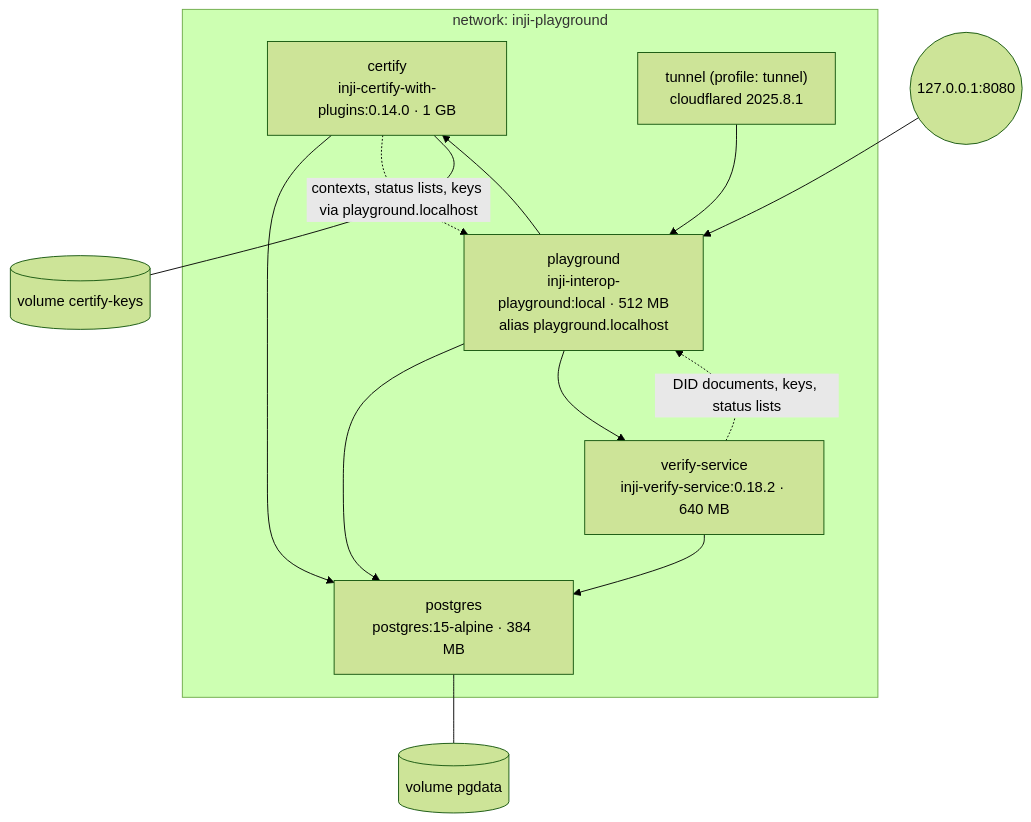
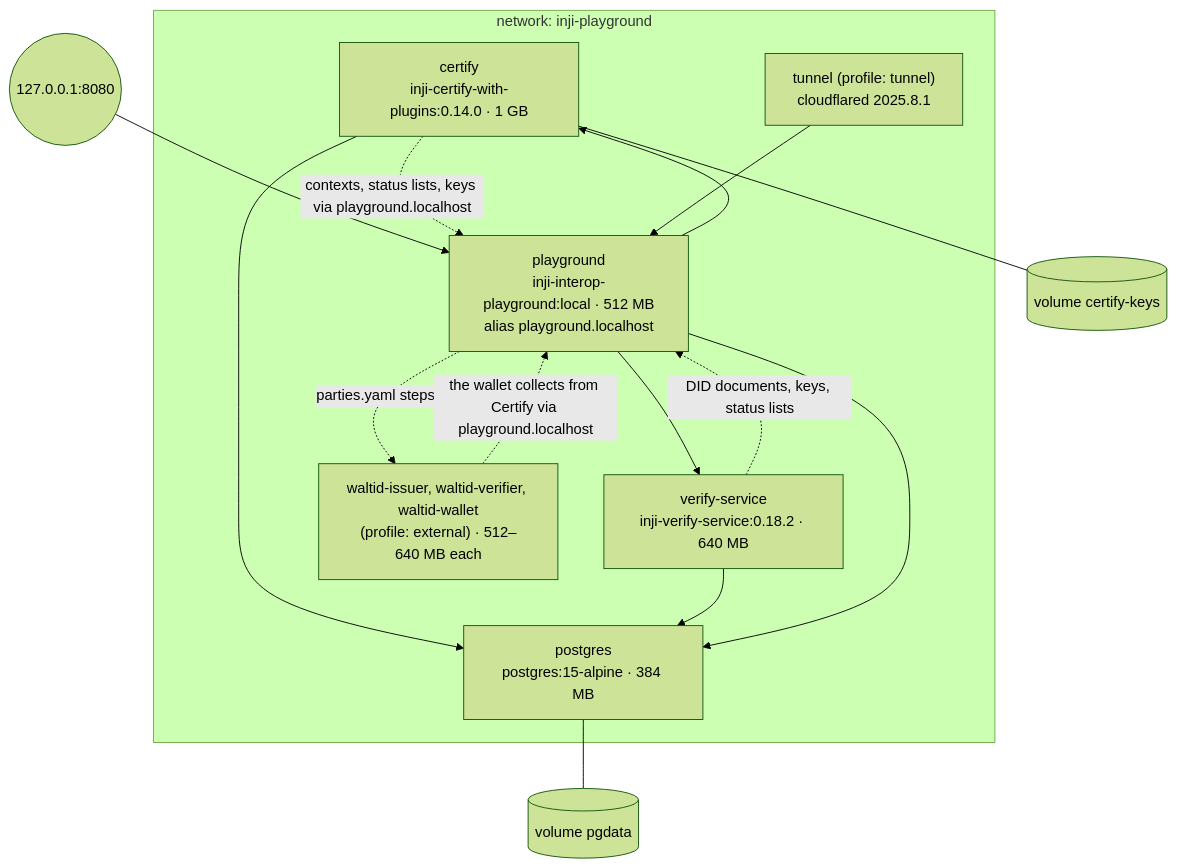
One commit to Akshats-git/inji-interop-playground changed the fourth of 4 diagrams in docs/architecture.md. Above: the diagram before and after it, drawn with Mermaid (forest theme). The commit also changed other lines of this file and 67 other files, not shown here.

Commit message:
Make external parties configurable through parties.yaml

````diff
--- a/docs/architecture.md
+++ b/docs/architecture.md
@@ -217,21 +263,24 @@
 ```mermaid
 flowchart TB
   subgraph net["network: inji-playground"]
     postgres["postgres<br/>postgres:15-alpine · 384 MB"]
     certify["certify<br/>inji-certify-with-plugins:0.14.0 · 1 GB"]
     verify["verify-service<br/>inji-verify-service:0.18.2 · 640 MB"]
     playground["playground<br/>inji-interop-playground:local · 512 MB<br/>alias playground.localhost"]
     tunnel["tunnel (profile: tunnel)<br/>cloudflared 2025.8.1"]
+    walt["waltid-issuer, waltid-verifier, waltid-wallet<br/>(profile: external) · 512–640 MB each"]
   end
   host(("127.0.0.1:8080")) --> playground
   certify --> postgres
   verify --> postgres
   playground --> postgres
   playground --> certify
   playground --> verify
   certify -. "contexts, status lists, keys via playground.localhost" .-> playground
   verify -. "DID documents, keys, status lists" .-> playground
   tunnel --> playground
+  playground -. "parties.yaml steps" .-> walt
+  walt -. "the wallet collects from Certify via playground.localhost" .-> playground
   postgres --- v1[("volume pgdata")]
   certify --- v2[("volume certify-keys")]
 ```
````
